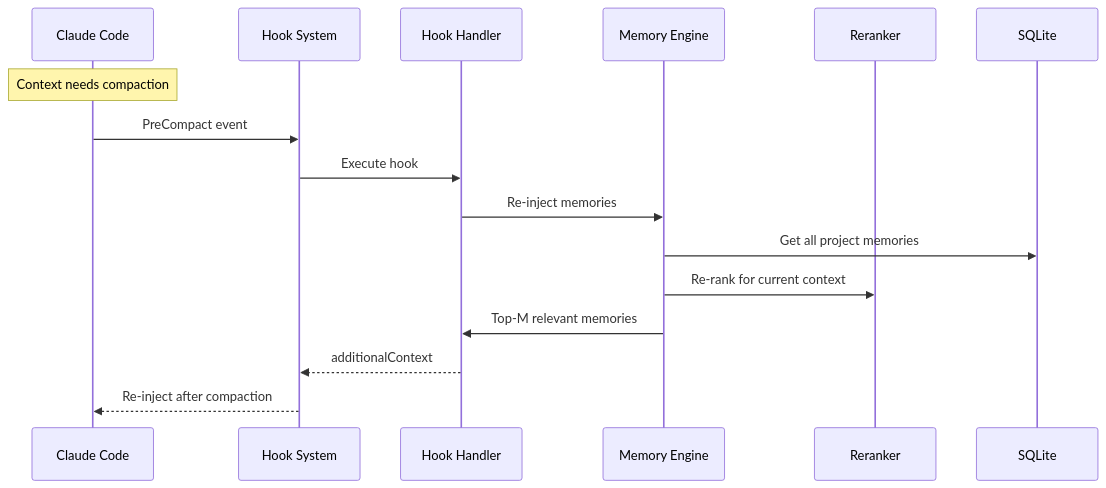
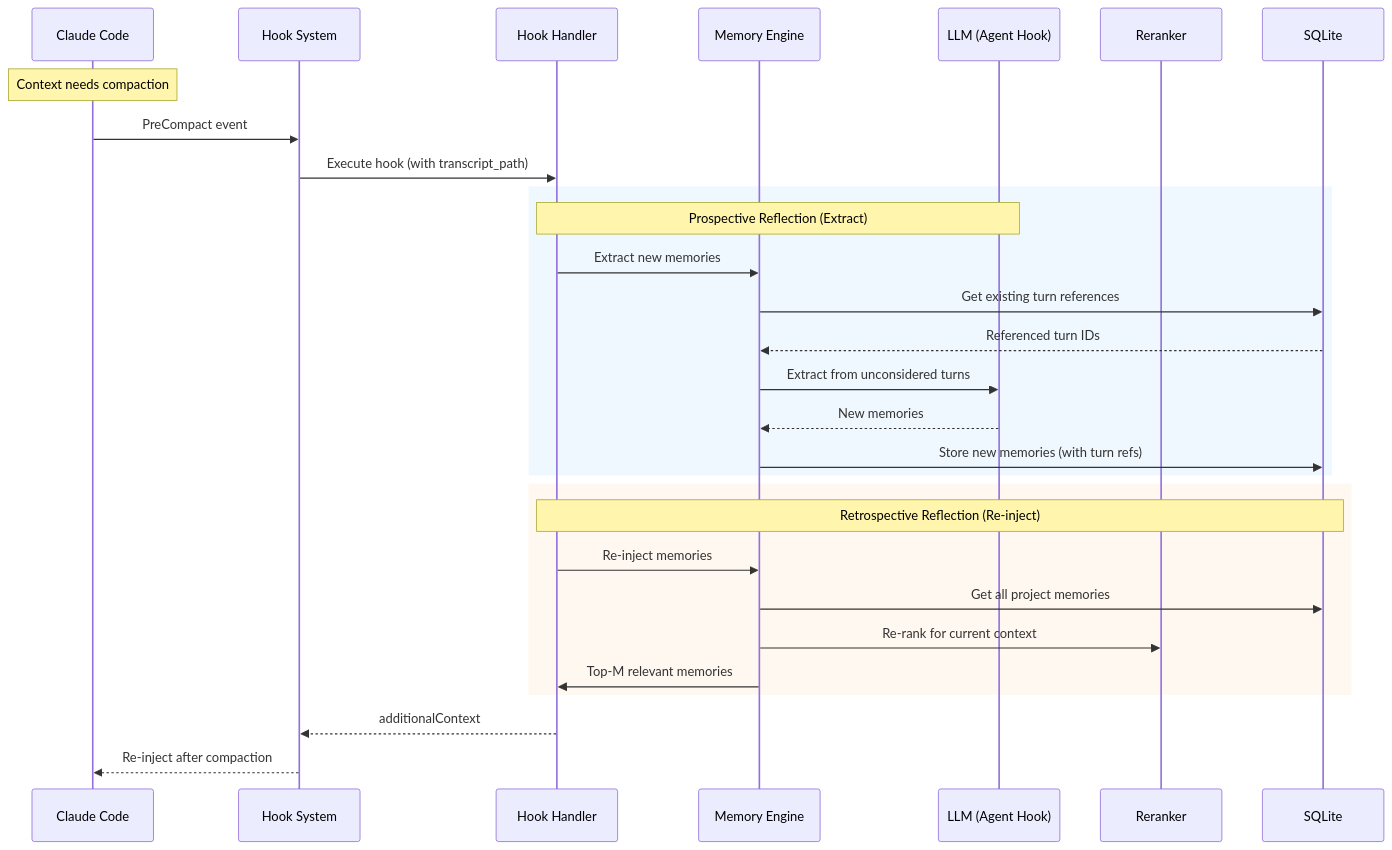
The fourth of 4 diagrams in Architecture.md (SkrOYC/cc-rmm), drawn with Mermaid before and after one commit. The commit also changed other lines of this file and 3 other files, not shown here.

````diff
--- a/Architecture.md
+++ b/Architecture.md
@@ -169,22 +171,40 @@
 ```mermaid
 sequenceDiagram
     participant Claude as Claude Code
     participant Hooks as Hook System
     participant Handler as Hook Handler
     participant Engine as Memory Engine
+    participant LLM as LLM (Agent Hook)
     participant Reranker as Reranker
     participant SQLite as SQLite
 
     Note over Claude: Context needs compaction
     Claude->>Hooks: PreCompact event
-    Hooks->>Handler: Execute hook
+    Hooks->>Handler: Execute hook (with transcript_path)
 
-    Handler->>Engine: Re-inject memories
+    rect rgb(240, 248, 255)
+        Note over Handler,LLM: Prospective Reflection (Extract)
+        Handler->>Engine: Extract new memories
 
-    Engine->>SQLite: Get all project memories
-    Engine->>Reranker: Re-rank for current context
+        Engine->>SQLite: Get existing turn references
+        SQLite-->>Engine: Referenced turn IDs
 
-    Engine->>Handler: Top-M relevant memories
+        Engine->>LLM: Extract from unconsidered turns
+        LLM-->>Engine: New memories
+
+        Engine->>SQLite: Store new memories (with turn refs)
+    end
+
+    rect rgb(255, 248, 240)
+        Note over Handler,SQLite: Retrospective Reflection (Re-inject)
+        Handler->>Engine: Re-inject memories
+
+        Engine->>SQLite: Get all project memories
+        Engine->>Reranker: Re-rank for current context
+
+        Engine->>Handler: Top-M relevant memories
+    end
+
     Handler-->>Hooks: additionalContext
     Hooks-->>Claude: Re-inject after compaction
 ```
````
